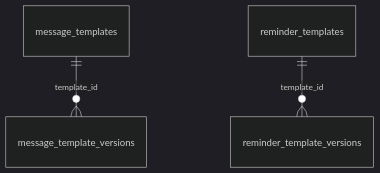
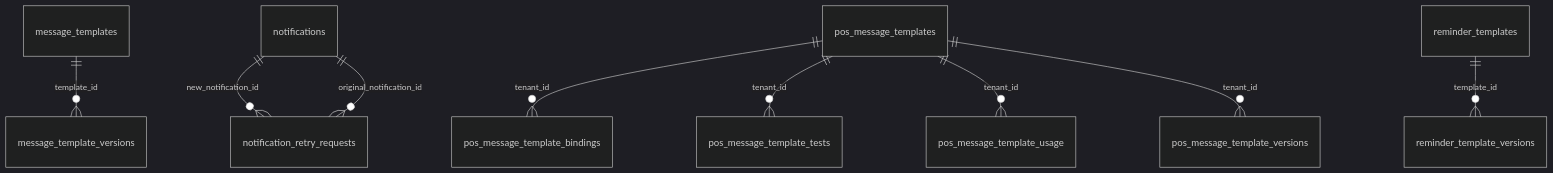
One commit to kevindang2020-lgtm/Nail-POS changed the eighth of 8 diagrams in DB_ERD_AND_DOMAINS.md. Above: the diagram before and after it, drawn with Mermaid (dark theme). The commit also changed other lines of this file and 49 other files, not shown here.

````diff
--- a/DB_ERD_AND_DOMAINS.md
+++ b/DB_ERD_AND_DOMAINS.md
@@ -178,5 +208,11 @@
 ```mermaid
 erDiagram
   message_templates ||--o{ message_template_versions : "template_id"
+  notifications ||--o{ notification_retry_requests : "new_notification_id"
+  notifications ||--o{ notification_retry_requests : "original_notification_id"
+  pos_message_templates ||--o{ pos_message_template_bindings : "tenant_id"
+  pos_message_templates ||--o{ pos_message_template_tests : "tenant_id"
+  pos_message_templates ||--o{ pos_message_template_usage : "tenant_id"
+  pos_message_templates ||--o{ pos_message_template_versions : "tenant_id"
   reminder_templates ||--o{ reminder_template_versions : "template_id"
 ```
````
